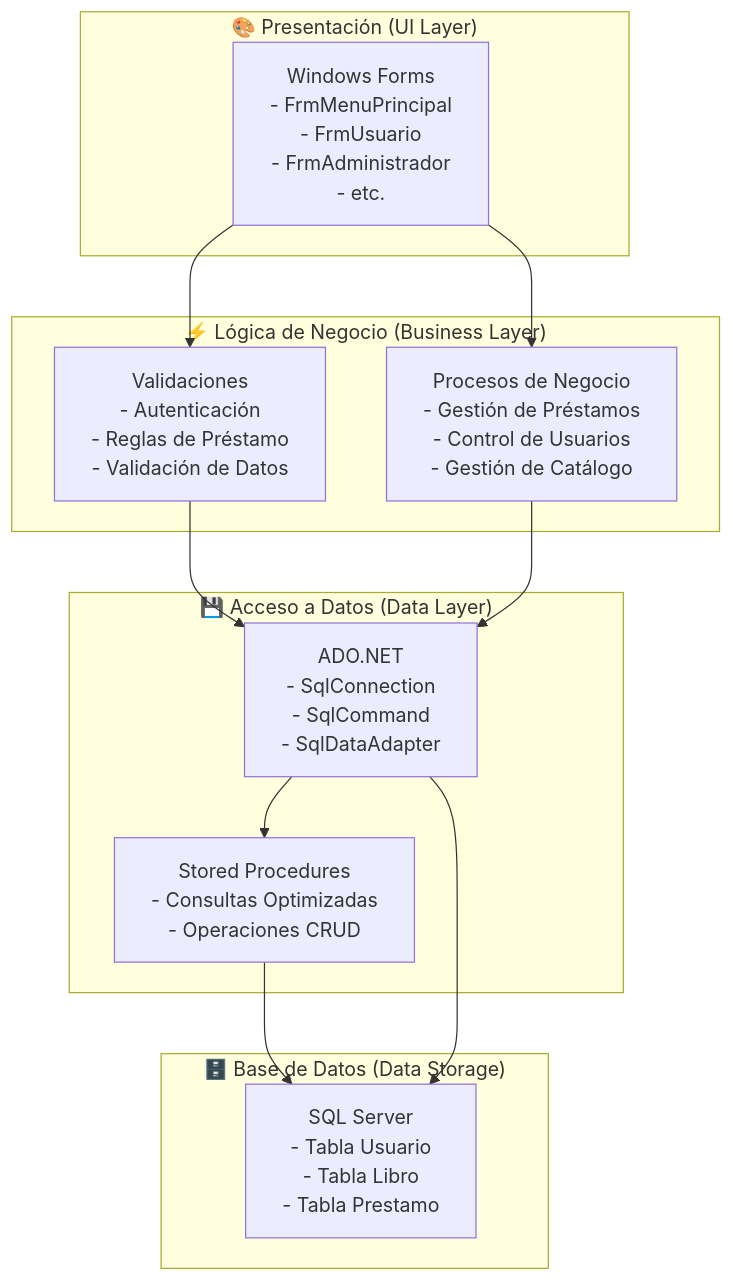
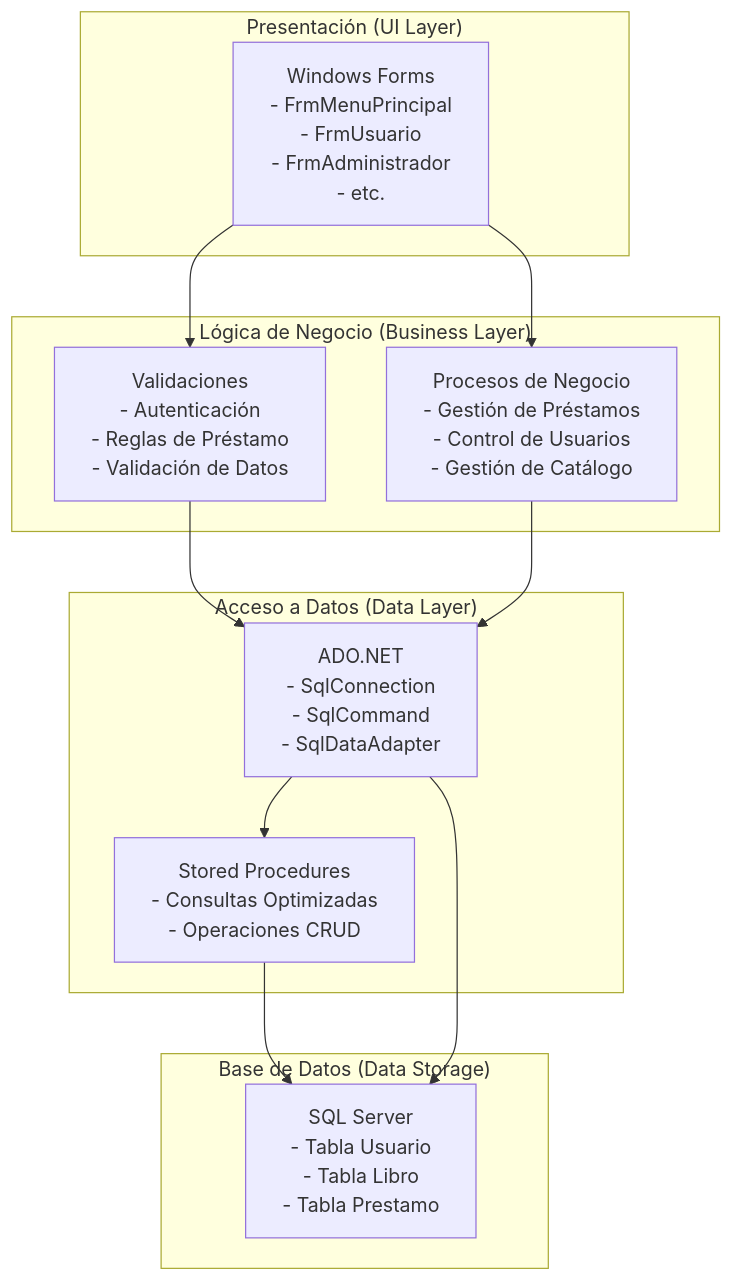
The fourth of 4 diagrams in content/projects/SistemaBibliotecario.md (J0SE-ESC0BAR/j0se-esc0bar.github.io), drawn with Mermaid before and after one commit. The commit also changed other lines of this file and 125 other files, not shown here.

````diff
--- a/content/projects/SistemaBibliotecario.md
+++ b/content/projects/SistemaBibliotecario.md
@@ -1076,28 +1076,28 @@
 ```mermaid
 graph TB
-    subgraph "🎨 Presentación (UI Layer)"
+    subgraph "Presentación (UI Layer)"
         Forms["Windows Forms<br/>- FrmMenuPrincipal<br/>- FrmUsuario<br/>- FrmAdministrador<br/>- etc."]
     end
     
-    subgraph "⚡ Lógica de Negocio (Business Layer)"
+    subgraph "Lógica de Negocio (Business Layer)"
         Validation["Validaciones<br/>- Autenticación<br/>- Reglas de Préstamo<br/>- Validación de Datos"]
         Business["Procesos de Negocio<br/>- Gestión de Préstamos<br/>- Control de Usuarios<br/>- Gestión de Catálogo"]
     end
     
-    subgraph "💾 Acceso a Datos (Data Layer)"
+    subgraph "Acceso a Datos (Data Layer)"
         DataAccess["ADO.NET<br/>- SqlConnection<br/>- SqlCommand<br/>- SqlDataAdapter"]
         StoredProcs["Stored Procedures<br/>- Consultas Optimizadas<br/>- Operaciones CRUD"]
     end
     
-    subgraph "🗄️ Base de Datos (Data Storage)"
+    subgraph "Base de Datos (Data Storage)"
         Database["SQL Server<br/>- Tabla Usuario<br/>- Tabla Libro<br/>- Tabla Prestamo"]
     end
     
     Forms --> Validation
     Forms --> Business
     Validation --> DataAccess
     Business --> DataAccess
     DataAccess --> StoredProcs
     StoredProcs --> Database
     DataAccess --> Database
 ```
````
